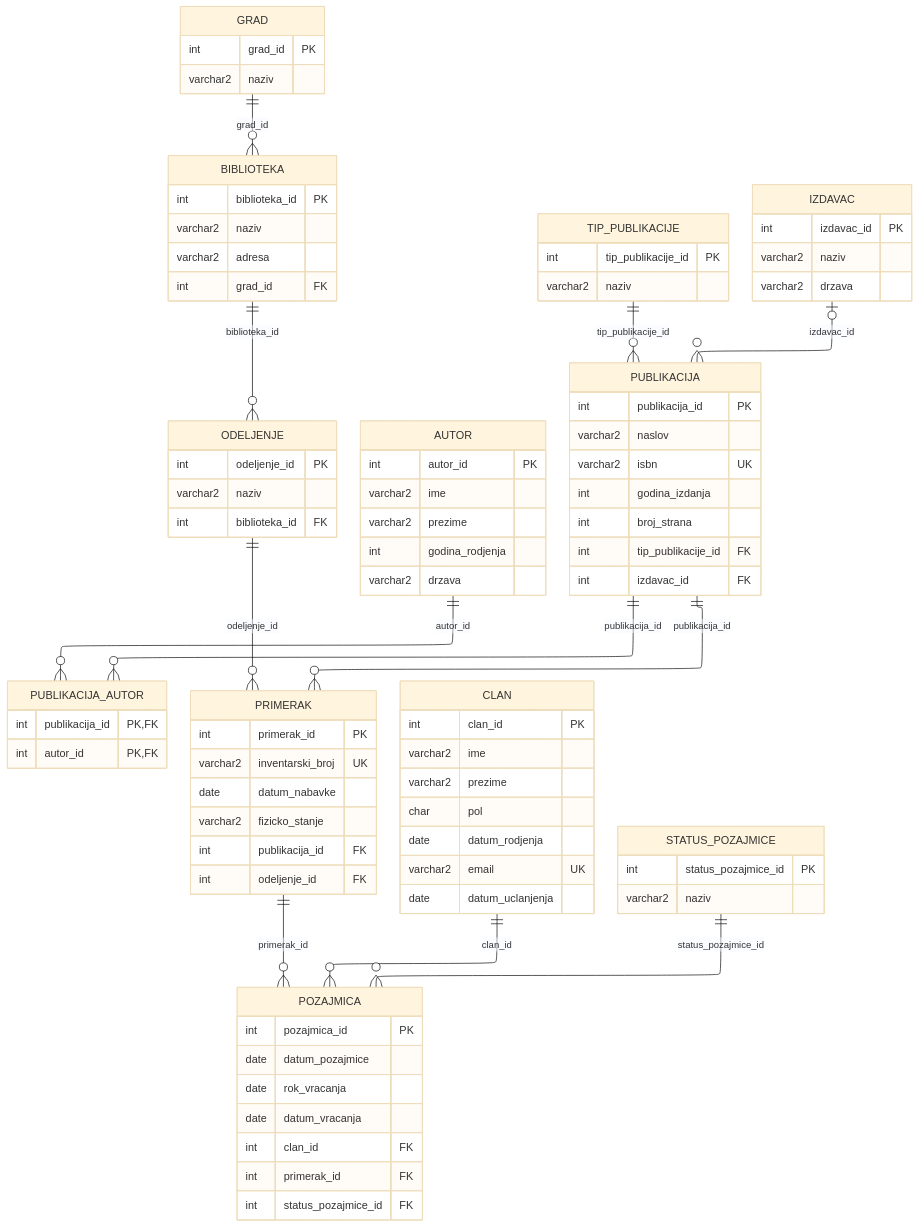
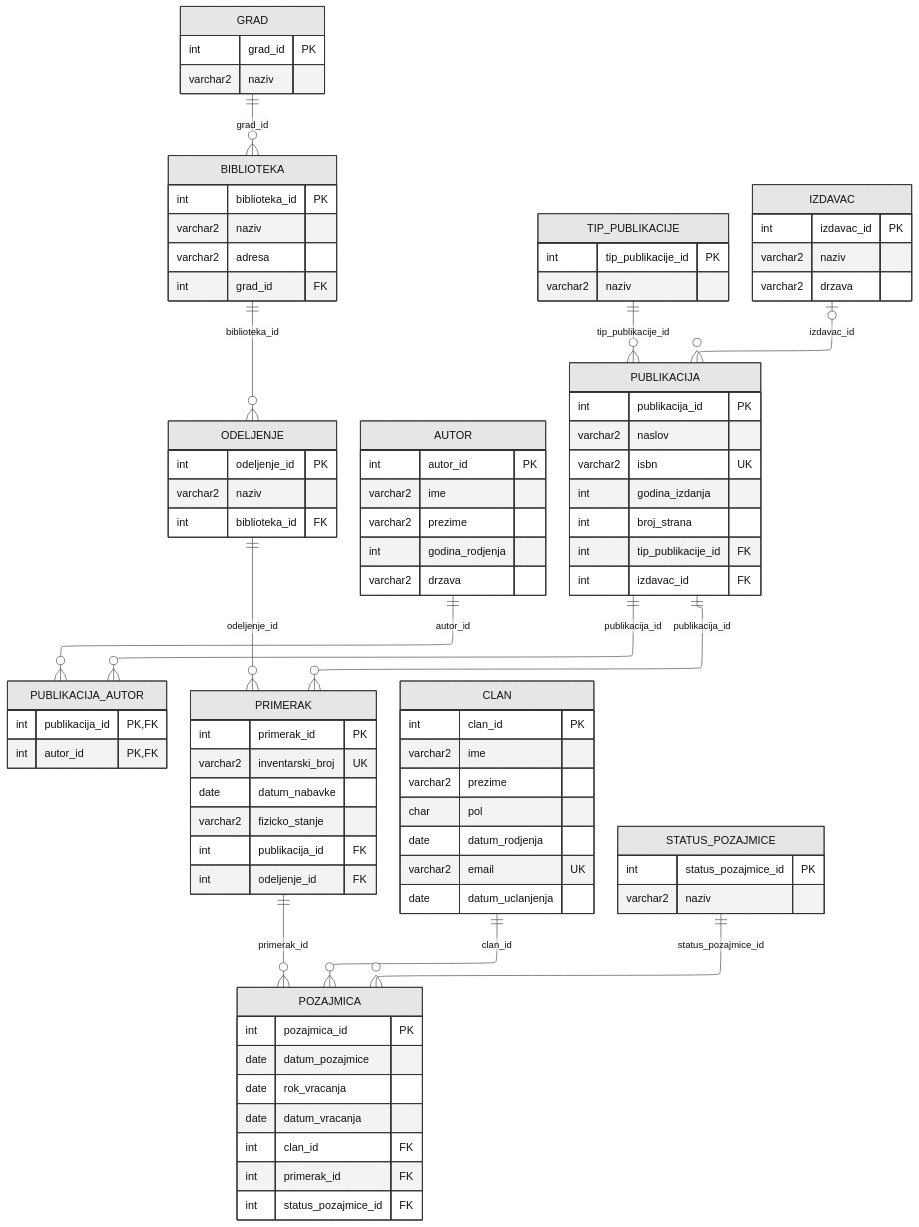
The diagram in db/oltp/00_relational_model.mmd (matijakljajic/sedsuns), drawn with Mermaid before and after one commit. The commit also changed 3 other files, not shown here.

```diff
--- a/db/oltp/00_relational_model.mmd
+++ b/db/oltp/00_relational_model.mmd
@@ -1,112 +1,126 @@
 ---
 config:
   theme: base
+  themeVariables:
+    background: '#FFFFFF'
+    primaryColor: '#E6E6E6'
+    primaryTextColor: '#111111'
+    primaryBorderColor: '#333333'
+    secondaryColor: '#F2F2F2'
+    secondaryTextColor: '#111111'
+    secondaryBorderColor: '#555555'
+    tertiaryColor: '#FAFAFA'
+    tertiaryTextColor: '#111111'
+    tertiaryBorderColor: '#666666'
+    lineColor: '#4D4D4D'
+    edgeLabelBackground: '#FFFFFF'
+    fontFamily: 'Liberation Serif, Times New Roman, serif'
   layout: elk
   elk:
     layoutDirection: TB
     nodeSpacing: 80
     rankSpacing: 80
 ---
 
 erDiagram
     GRAD {
         int grad_id PK
         varchar2 naziv
     }
 
     BIBLIOTEKA {
         int biblioteka_id PK
         varchar2 naziv
         varchar2 adresa
         int grad_id FK
     }
 
     ODELJENJE {
         int odeljenje_id PK
         varchar2 naziv
         int biblioteka_id FK
     }
 
     TIP_PUBLIKACIJE {
         int tip_publikacije_id PK
         varchar2 naziv
     }
 
     IZDAVAC {
         int izdavac_id PK
         varchar2 naziv
         varchar2 drzava
     }
 
     AUTOR {
         int autor_id PK
         varchar2 ime
         varchar2 prezime
         int godina_rodjenja
         varchar2 drzava
     }
 
     PUBLIKACIJA {
         int publikacija_id PK
         varchar2 naslov
         varchar2 isbn UK
         int godina_izdanja
         int broj_strana
         int tip_publikacije_id FK
         int izdavac_id FK
     }
 
     PUBLIKACIJA_AUTOR {
         int publikacija_id PK, FK
         int autor_id PK, FK
     }
 
     PRIMERAK {
         int primerak_id PK
         varchar2 inventarski_broj UK
         date datum_nabavke
         varchar2 fizicko_stanje
         int publikacija_id FK
         int odeljenje_id FK
     }
 
     CLAN {
         int clan_id PK
         varchar2 ime
         varchar2 prezime
         char pol
         date datum_rodjenja
         varchar2 email UK
         date datum_uclanjenja
     }
 
     STATUS_POZAJMICE {
         int status_pozajmice_id PK
         varchar2 naziv
     }
 
     POZAJMICA {
         int pozajmica_id PK
         date datum_pozajmice
         date rok_vracanja
         date datum_vracanja
         int clan_id FK
         int primerak_id FK
         int status_pozajmice_id FK
     }
 
     GRAD ||--o{ BIBLIOTEKA : grad_id
     BIBLIOTEKA ||--o{ ODELJENJE : biblioteka_id
     ODELJENJE ||--o{ PRIMERAK : odeljenje_id
 
     TIP_PUBLIKACIJE ||--o{ PUBLIKACIJA : tip_publikacije_id
     IZDAVAC o|--o{ PUBLIKACIJA : izdavac_id
 
     PUBLIKACIJA ||--o{ PUBLIKACIJA_AUTOR : publikacija_id
     AUTOR ||--o{ PUBLIKACIJA_AUTOR : autor_id
 
     PUBLIKACIJA ||--o{ PRIMERAK : publikacija_id
 
     CLAN ||--o{ POZAJMICA : clan_id
     PRIMERAK ||--o{ POZAJMICA : primerak_id
     STATUS_POZAJMICE ||--o{ POZAJMICA : status_pozajmice_id
```
